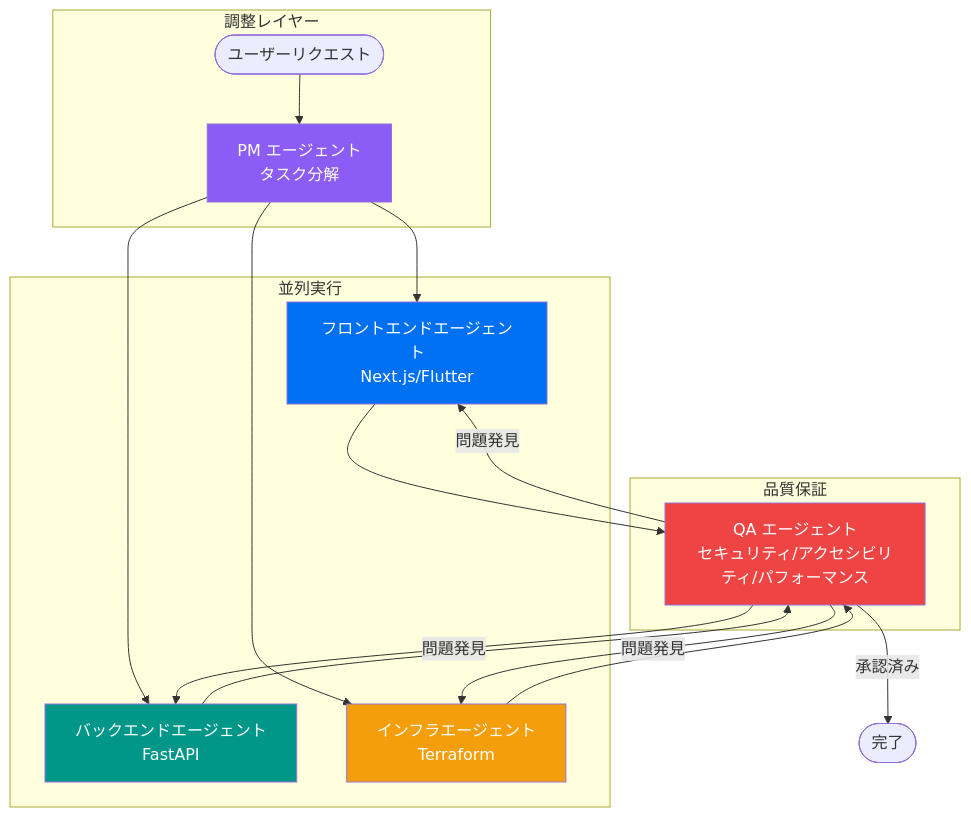
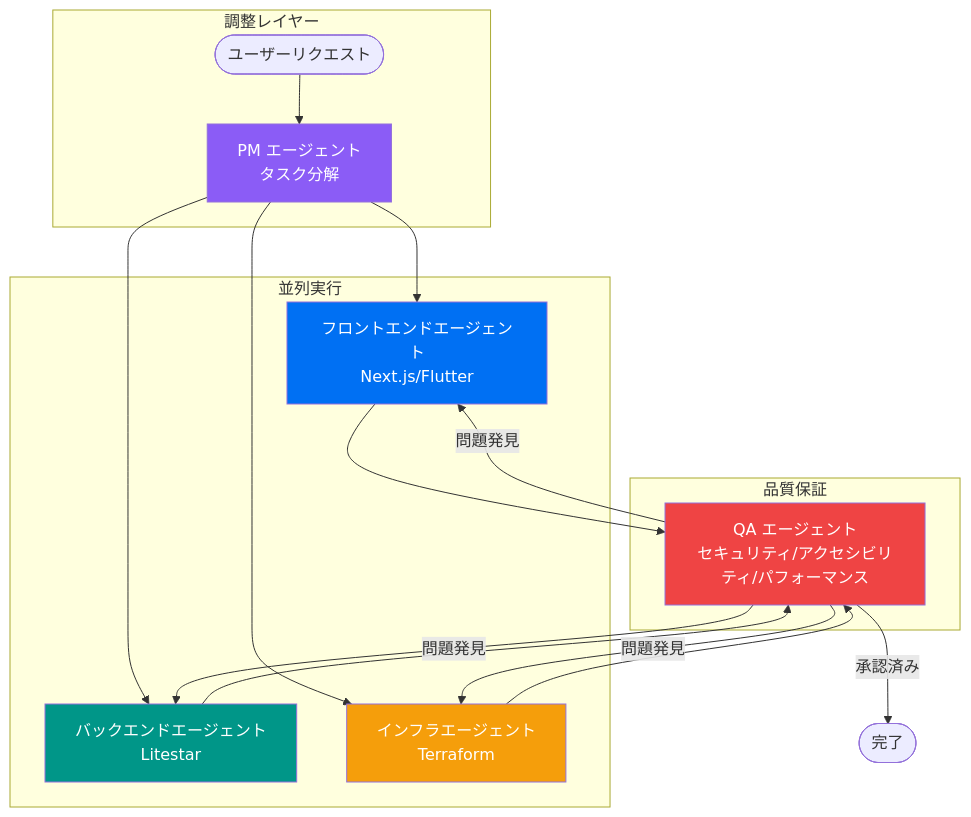
Before and after one commit to first-fluke/fullstack-starter: the second of 2 diagrams in docs/README.jp.md, drawn with Mermaid. The commit also changed other lines of this file and 60 other files, not shown here.

Commit message:
feat(api,worker): migrate from fastapi to litestar and msgspec

````diff
--- a/docs/README.jp.md
+++ b/docs/README.jp.md
@@ -83,29 +83,29 @@
 ```mermaid
 graph TB
     subgraph Coordination["調整レイヤー"]
         User([ユーザーリクエスト])
         PM[PM エージェント<br/>タスク分解]
     end
 
     subgraph Execution["並列実行"]
         FE[フロントエンドエージェント<br/>Next.js/Flutter]
-        BE[バックエンドエージェント<br/>FastAPI]
+        BE[バックエンドエージェント<br/>Litestar]
         Infra[インフラエージェント<br/>Terraform]
     end
 
     subgraph Review["品質保証"]
         QA[QA エージェント<br/>セキュリティ/アクセシビリティ/パフォーマンス]
     end
 
     User --> PM
     PM --> FE & BE & Infra
     FE & BE & Infra --> QA
     QA -->|問題発見| FE & BE & Infra
     QA -->|承認済み| Done([完了])
 
     style PM fill:#8B5CF6,color:#fff
     style FE fill:#0070f3,color:#fff
     style BE fill:#009688,color:#fff
     style Infra fill:#F59E0B,color:#fff
     style QA fill:#EF4444,color:#fff
 ```
````
